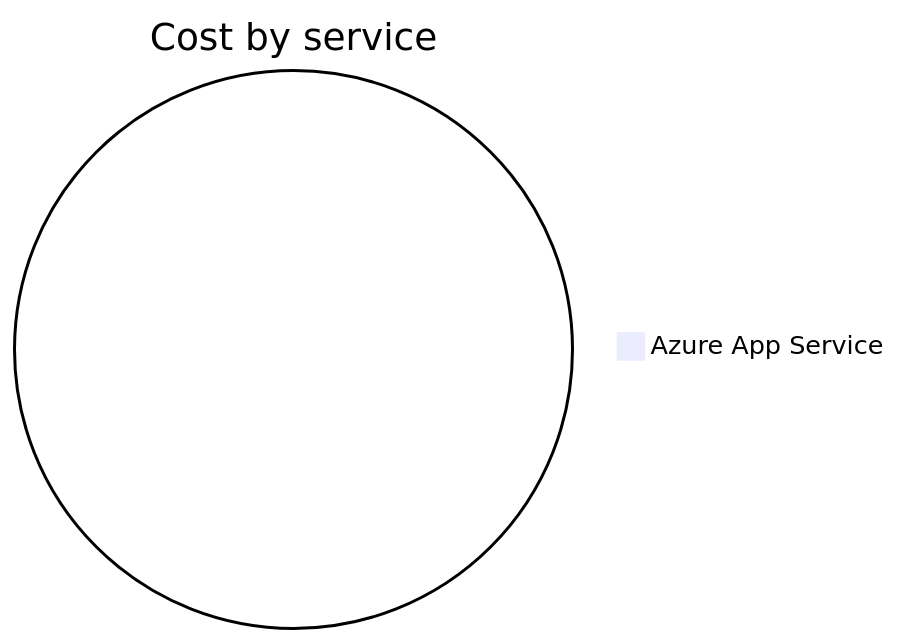
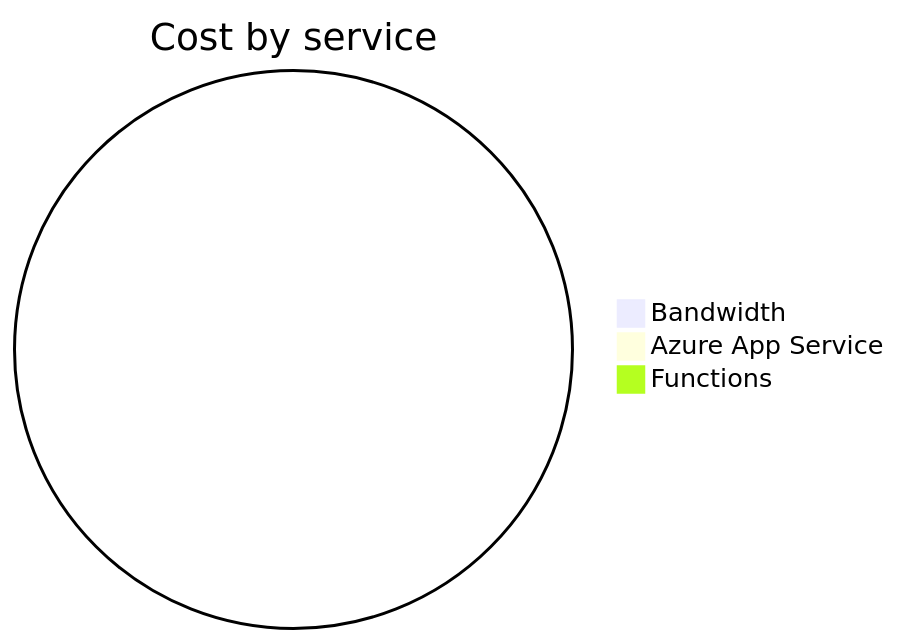
One commit to jpfulton/azure-personal-reports changed the second of 4 diagrams in cost-reports/personal-site/personal-site-api.md. Above: the diagram before and after it, drawn with Mermaid. The commit also changed other lines of this file and 6 other files, not shown here.

````diff
--- a/cost-reports/personal-site/personal-site-api.md
+++ b/cost-reports/personal-site/personal-site-api.md
@@ -93,5 +95,7 @@
 ```mermaid
 pie
    title Cost by service
+   "Bandwidth" : 0.00
    "Azure App Service" : 0.00
+   "Functions" : 0.00
 ```
````
